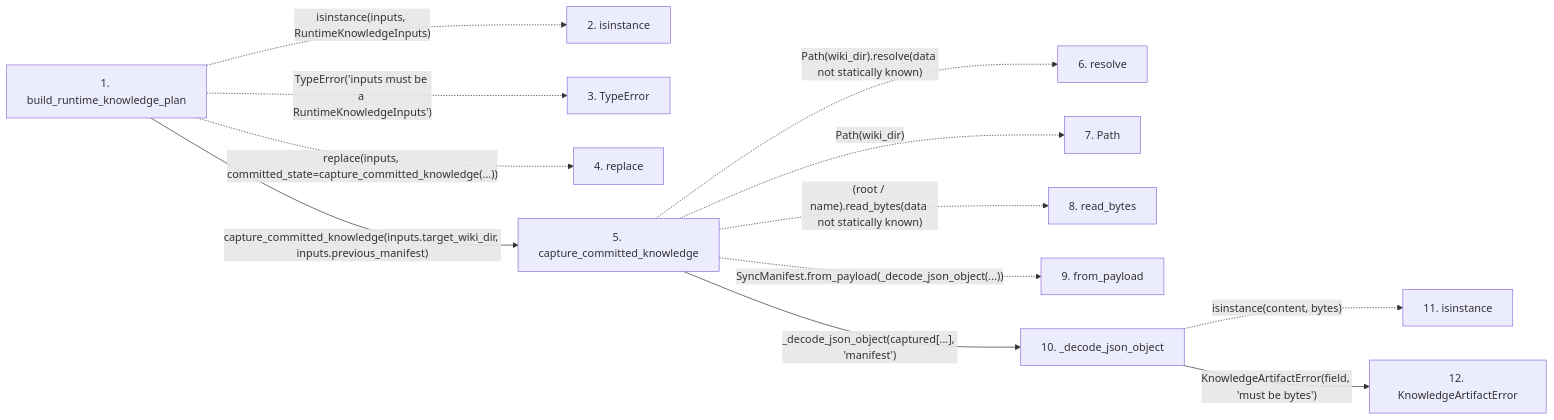
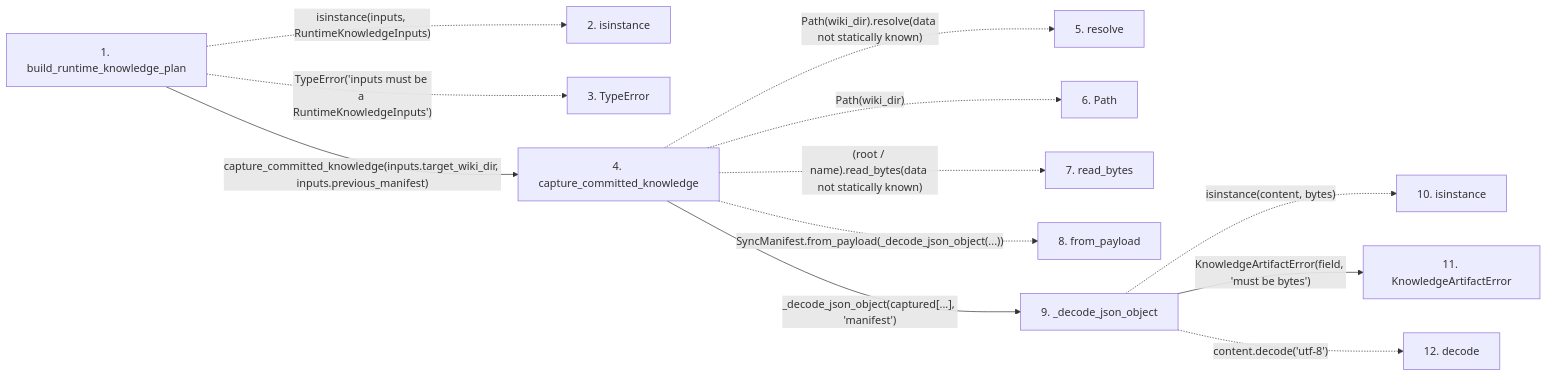
One commit to Denissvgn/python-wiki-llm changed the second of 2 diagrams in docs/llm_wiki/flows/api-build_runtime_knowledge_plan.md. Above: the diagram before and after it, drawn with Mermaid. The commit also changed other lines of this file and 76 other files, not shown here.

````diff
--- a/docs/llm_wiki/flows/api-build_runtime_knowledge_plan.md
+++ b/docs/llm_wiki/flows/api-build_runtime_knowledge_plan.md
@@ -97,30 +96,30 @@
 ```mermaid
 flowchart LR
     s1["1. build_runtime_knowledge_plan"]
     s2["2. isinstance"]
     s3["3. TypeError"]
-    s4["4. replace"]
-    s5["5. capture_committed_knowledge"]
-    s6["6. resolve"]
-    s7["7. Path"]
-    s8["8. read_bytes"]
-    s9["9. from_payload"]
-    s10["10. _decode_json_object"]
-    s11["11. isinstance"]
-    s12["12. KnowledgeArtifactError"]
+    s4["4. capture_committed_knowledge"]
+    s5["5. resolve"]
+    s6["6. Path"]
+    s7["7. read_bytes"]
+    s8["8. from_payload"]
+    s9["9. _decode_json_object"]
+    s10["10. isinstance"]
+    s11["11. KnowledgeArtifactError"]
+    s12["12. decode"]
     s1 -. "isinstance(inputs, RuntimeKnowledgeInputs)" .-> s2
     s1 -. "TypeError('inputs must be a RuntimeKnowledgeInputs')" .-> s3
-    s1 -. "replace(inputs, committed_state=capture_committed_knowledge(...))" .-> s4
-    s1 -->|"capture_committed_knowledge(inputs.target_wiki_dir, inputs.previous_manifest)"| s5
-    s5 -. "Path(wiki_dir).resolve(data not statically known)" .-> s6
-    s5 -. "Path(wiki_dir)" .-> s7
-    s5 -. "(root / name).read_bytes(data not statically known)" .-> s8
-    s5 -. "SyncManifest.from_payload(_decode_json_object(...))" .-> s9
-    s5 -->|"_decode_json_object(captured[...], 'manifest')"| s10
-    s10 -. "isinstance(content, bytes)" .-> s11
-    s10 -->|"KnowledgeArtifactError(field, 'must be bytes')"| s12
+    s1 -->|"capture_committed_knowledge(inputs.target_wiki_dir, inputs.previous_manifest)"| s4
+    s4 -. "Path(wiki_dir).resolve(data not statically known)" .-> s5
+    s4 -. "Path(wiki_dir)" .-> s6
+    s4 -. "(root / name).read_bytes(data not statically known)" .-> s7
+    s4 -. "SyncManifest.from_payload(_decode_json_object(...))" .-> s8
+    s4 -->|"_decode_json_object(captured[...], 'manifest')"| s9
+    s9 -. "isinstance(content, bytes)" .-> s10
+    s9 -->|"KnowledgeArtifactError(field, 'must be bytes')"| s11
+    s9 -. "content.decode('utf-8')" .-> s12
     click s1 "../modules/knowledge_orchestration.md"
-    click s5 "../modules/knowledge_orchestration.md"
-    click s10 "../modules/knowledge_artifacts.md"
-    click s12 "../modules/knowledge_artifacts.md"
+    click s4 "../modules/knowledge_orchestration.md"
+    click s9 "../modules/knowledge_artifacts.md"
+    click s11 "../modules/knowledge_artifacts.md"
 ```
````
